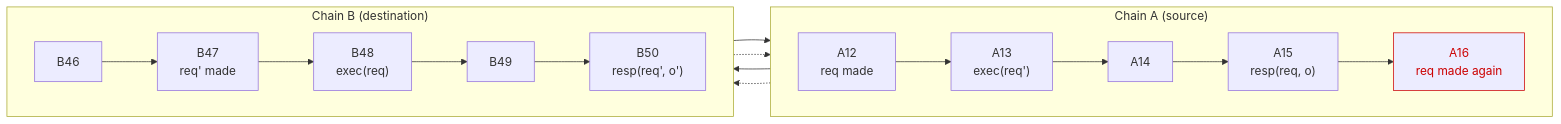
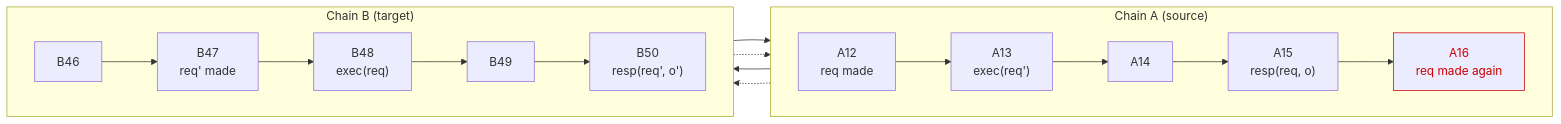
Before and after one commit to sig-net/mpc: the diagram in doc/bidirectional_calls.md, drawn with Mermaid. The commit also changed other lines of this file, not shown here.

First line of the commit message:
docs(bidirectional): say target chain throughout

````diff
--- a/doc/bidirectional_calls.md
+++ b/doc/bidirectional_calls.md
@@ -528,16 +528,16 @@
 ```mermaid
 flowchart LR
   subgraph A["Chain A (source)"]
     direction LR
     A12["A12<br/>req made"] --> A13["A13<br/>exec(req')"] --> A14["A14"] --> A15["A15<br/>resp(req, o)"] --> A16["A16<br/>req made again"]
   end
-  subgraph B["Chain B (destination)"]
+  subgraph B["Chain B (target)"]
     direction LR
     B46["B46"] --> B47["B47<br/>req' made"] --> B48["B48<br/>exec(req)"] --> B49["B49"] --> B50["B50<br/>resp(req', o')"]
   end
   B48 --> A15
   A13 --> B50
   A12 -.-> B48
   B47 -.-> A13
   style A16 stroke:#c00,color:#c00
 ```
````
